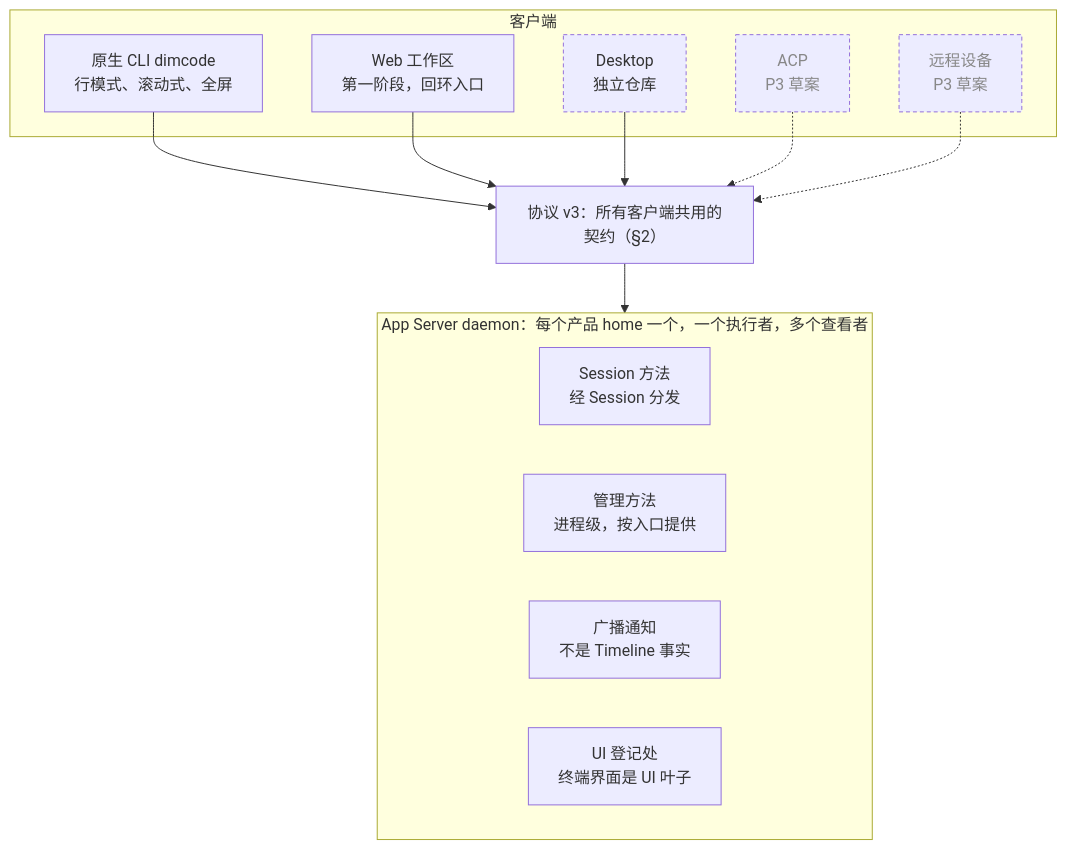
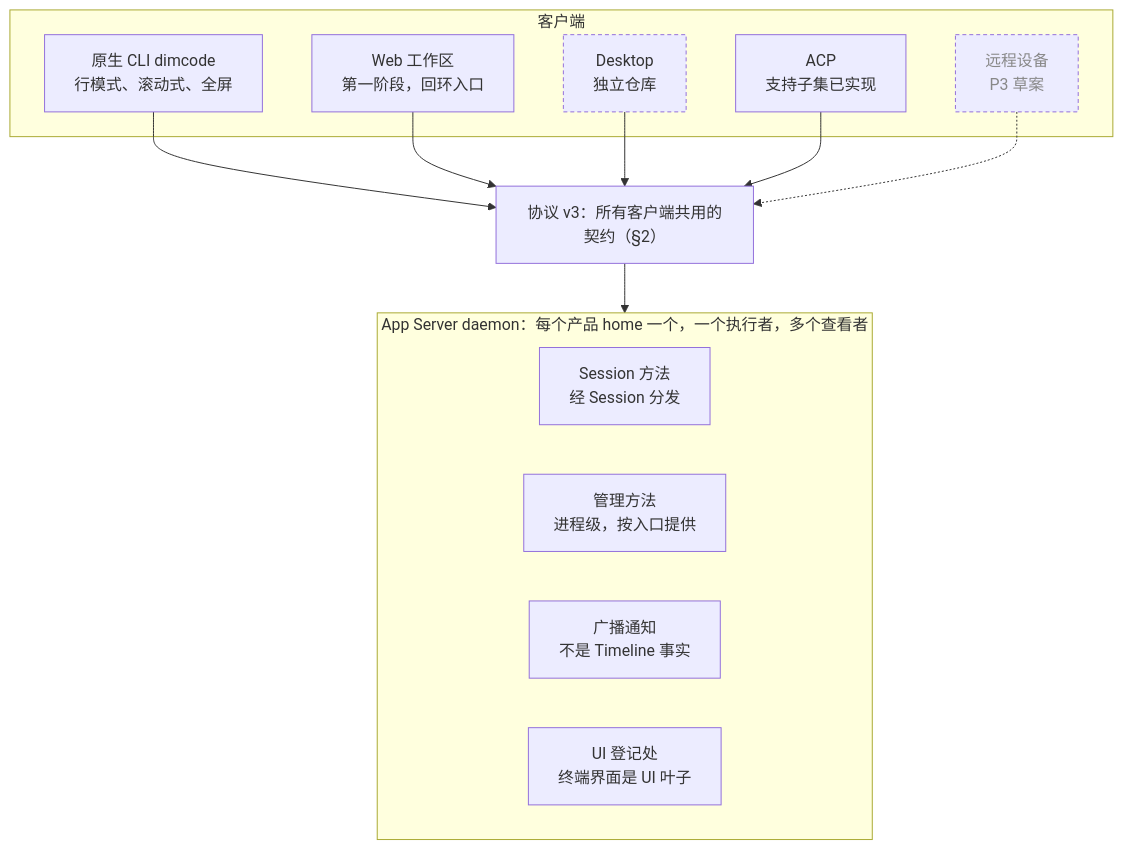
One commit to CoutinhoTTS/dim-agent changed the first of 2 diagrams in docs/zh/design/clients.md. Above: the diagram before and after it, drawn with Mermaid. The commit also changed other lines of this file and 15 other files, not shown here.

````diff
--- a/docs/zh/design/clients.md
+++ b/docs/zh/design/clients.md
@@ -11,25 +11,25 @@
 ```mermaid
 flowchart TB
   subgraph C["客户端"]
     CLI["原生 CLI dimcode<br/>行模式、滚动式、全屏"]
     WEB["Web 工作区<br/>第一阶段，回环入口"]
     DESK["Desktop<br/>独立仓库"]:::outside
-    ACP["ACP<br/>P3 草案"]:::planned
+    ACP["ACP<br/>支持子集已实现"]
     REM["远程设备<br/>P3 草案"]:::planned
   end
   P["协议 v3：所有客户端共用的契约（§2）"]
   subgraph D["App Server daemon：每个产品 home 一个，一个执行者，多个查看者"]
     SM["Session 方法<br/>经 Session 分发"]
     MM["管理方法<br/>进程级，按入口提供"]
     N["广播通知<br/>不是 Timeline 事实"]
     UI["UI 登记处<br/>终端界面是 UI 叶子"]
   end
   CLI --> P
   WEB --> P
   DESK --> P
-  ACP -.-> P
+  ACP --> P
   REM -.-> P
   P --> D
   classDef outside stroke-dasharray:4 3
   classDef planned stroke-dasharray:4 3,color:#888
 ```
````
